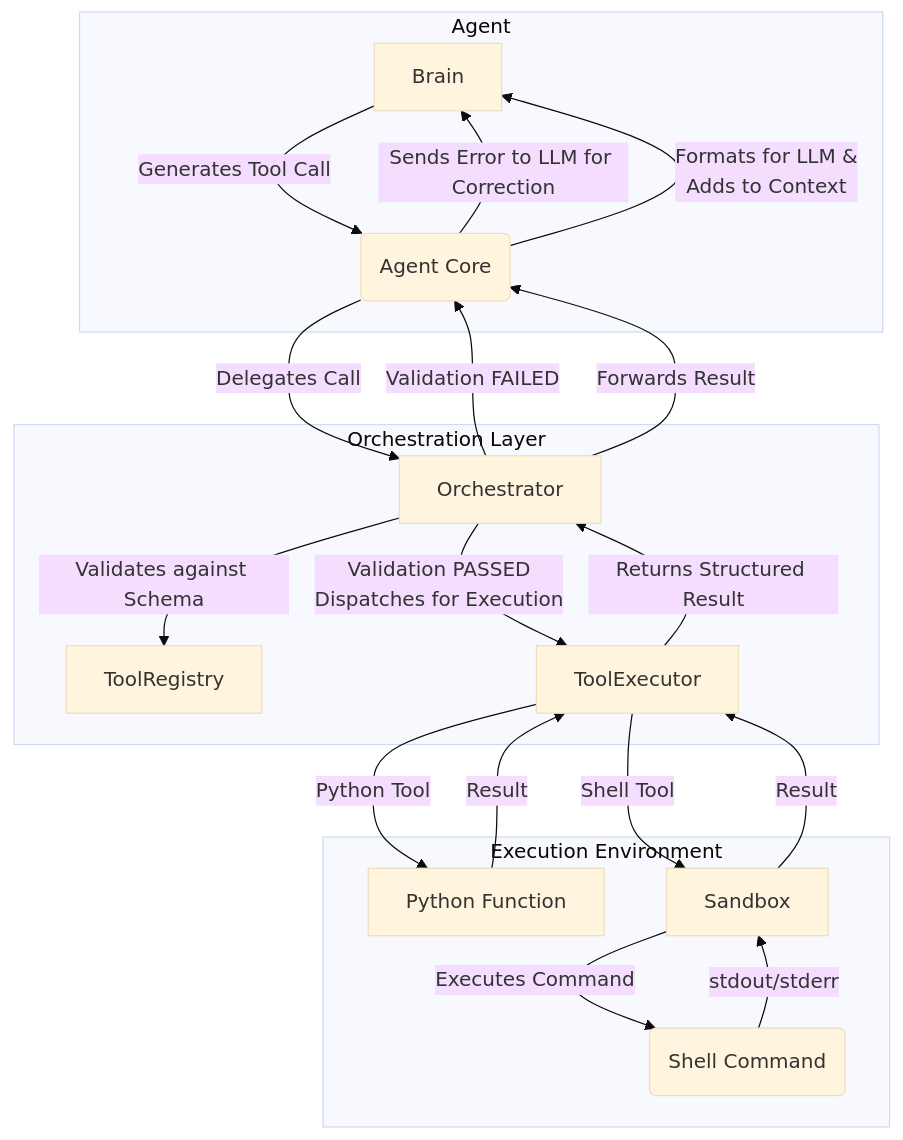
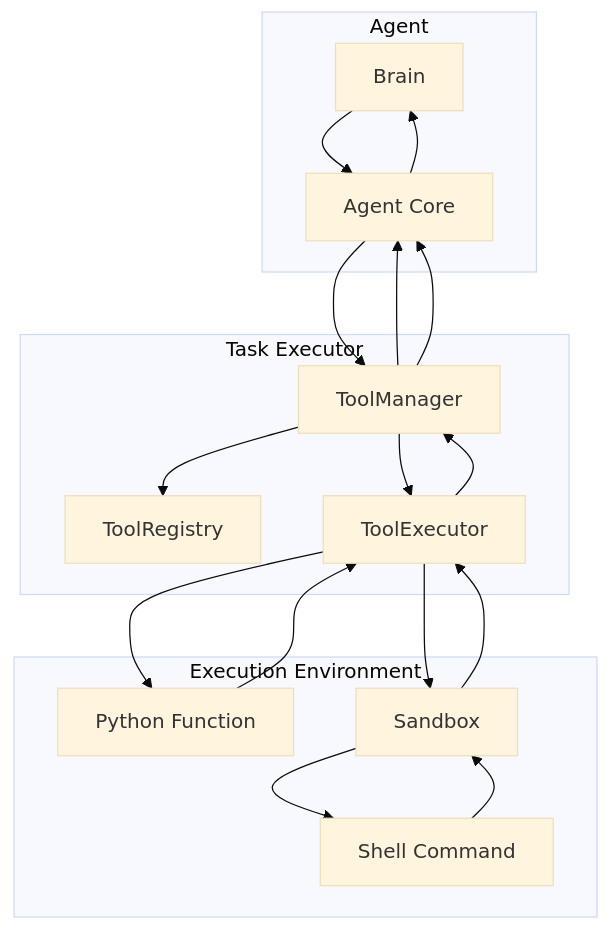
Before and after one commit to dustland/roboco: the diagram in docs/content/docs/design/tool-execution.mdx, drawn with Mermaid (base theme). The commit also changed other lines of this file and 4 other files, not shown here.

````diff
--- a/docs/content/docs/design/tool-execution.mdx
+++ b/docs/content/docs/design/tool-execution.mdx
@@ -63,35 +63,34 @@
 ```mermaid
 graph TD
     subgraph "Agent"
-        A[Brain] -- "Generates Tool Call" --> B(Agent Core)
+        A["Brain"]
+        B["Agent Core"]
     end
 
-    subgraph "Orchestration Layer"
-        C[Orchestrator]
-        D[ToolRegistry]
-        E[ToolExecutor]
+    subgraph "Task Executor"
+        TM["ToolManager"]
+        TR["ToolRegistry"]
+        TE["ToolExecutor"]
     end
 
     subgraph "Execution Environment"
-        F[Python Function]
-        G[Sandbox] -- "Executes Command" --> H(Shell Command)
+        F["Python Function"]
+        G["Sandbox"]
+        H["Shell Command"]
     end
 
-    B -- "Delegates Call" --> C
-    C -- "Validates against Schema" --> D
-    C -- "Validation FAILED" --> B
-    B -- "Sends Error to LLM for Correction" --> A
-
-    C -- "Validation PASSED<br/>Dispatches for Execution" --> E
-
-    E -- "Python Tool" --> F
-    E -- "Shell Tool" --> G
-
-    F -- "Result" --> E
-    H -- "stdout/stderr" --> G
-    G -- "Result" --> E
-
-    E -- "Returns Structured Result" --> C
-    C -- "Forwards Result" --> B
-    B -- "Formats for LLM &<br/>Adds to Context" --> A
+    A --> B
+    B --> TM
+    TM --> TR
+    TM --> B
+    B --> A
+    TM --> TE
+    TE --> F
+    TE --> G
+    G --> H
+    F --> TE
+    H --> G
+    G --> TE
+    TE --> TM
+    TM --> B
 ```
````
